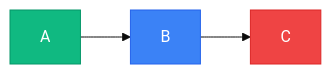
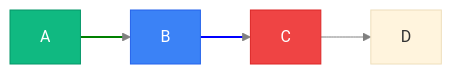
The fourth of 8 diagrams in .agents/tools/diagrams/mermaid-diagrams-skill/references/ADVANCED.md (marcusquinn/aidevops), drawn with Mermaid (base theme) before and after one commit. The commit also changed other lines of this file, not shown here.

First line of the commit message:
docs(t9355): tighten mermaid ADVANCED.md from 479 to 244 lines

````diff
--- a/.agents/tools/diagrams/mermaid-diagrams-skill/references/ADVANCED.md
+++ b/.agents/tools/diagrams/mermaid-diagrams-skill/references/ADVANCED.md
@@ -194,8 +113,12 @@
 ```mermaid
 flowchart LR
-    A --> B --> C
+    A --> B --> C --> D
 
     style A fill:#10b981,stroke:#059669,color:white
     style B fill:#3b82f6,stroke:#2563eb,color:white
     style C fill:#ef4444,stroke:#dc2626,color:white
+
+    linkStyle 0 stroke:green,stroke-width:2px
+    linkStyle 1 stroke:blue,stroke-width:2px
+    linkStyle default stroke:gray,stroke-width:1px
 ```
````
